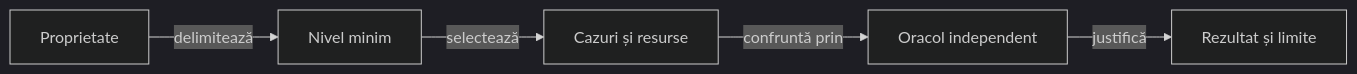
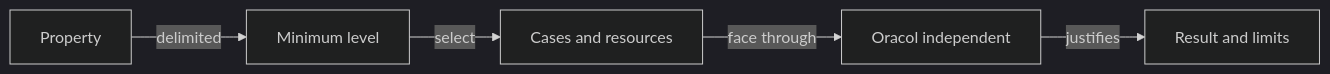
One commit to crististefanita/atf_j4 changed the diagram in docs/testing/README.md. Above: the diagram before and after it, drawn with Mermaid (dark theme). The commit also changed other lines of this file and 122 other files, not shown here.

````diff
--- a/docs/testing/README.md
+++ b/docs/testing/README.md
@@ -28,7 +28,7 @@
 ```mermaid
 flowchart LR
-    CONTRACT[Proprietate] -->|delimitează| LEVEL[Nivel minim]
-    LEVEL -->|selectează| SUITE[Cazuri și resurse]
-    SUITE -->|confruntă prin| ORACLE[Oracol independent]
-    ORACLE -->|justifică| RESULT[Rezultat și limite]
+    CONTRACT[Property] -->|delimited| LEVEL[Minimum level]
+    LEVEL -->|select| SUITE[Cases and resources]
+    SUITE -->|face through| ORACLE[Oracol independent]
+    ORACLE -->|justifies| RESULT[Result and limits]
 ```
````
